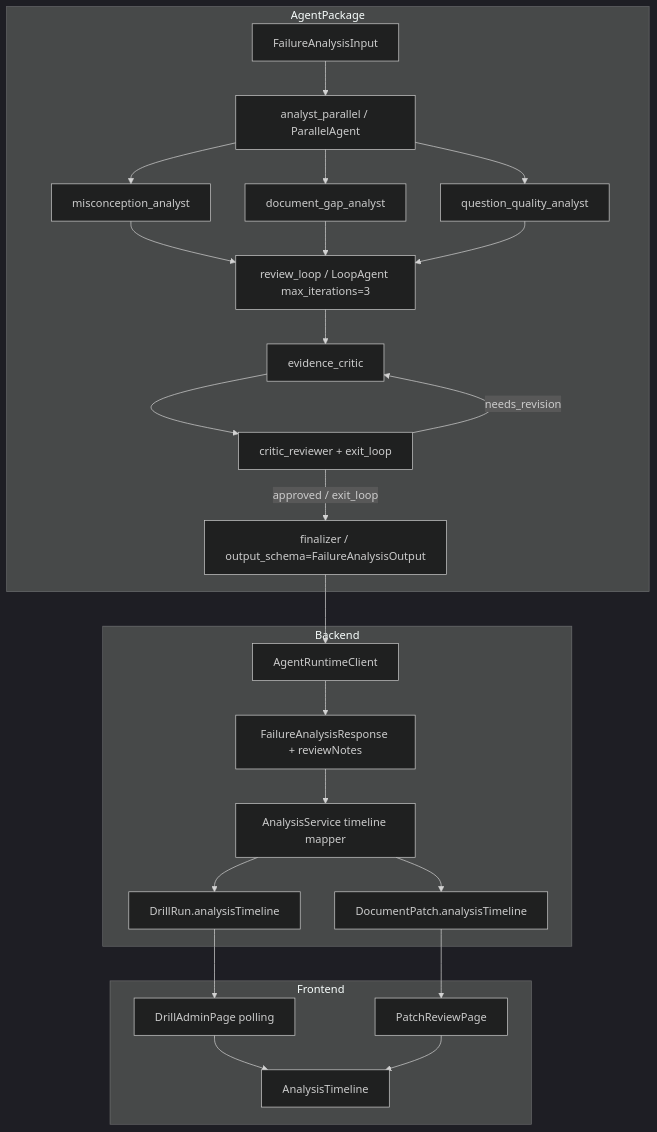
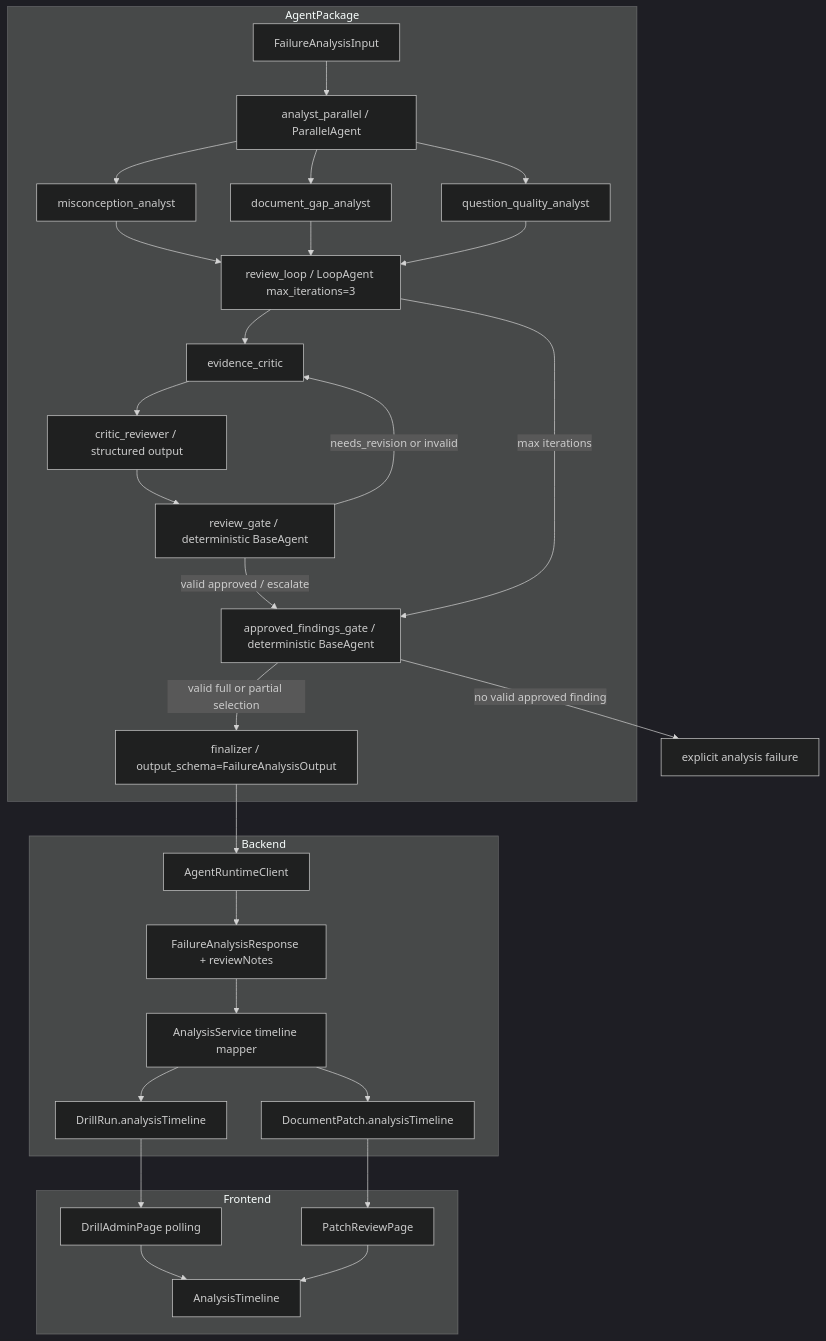
The first of 3 diagrams in .kiro/specs/failure-analysis-review-loop/design.md (tomomj/knowledge-drills), drawn with Mermaid (dark theme) before and after one commit. The commit also changed other lines of this file and 9 other files, not shown here.

Commit message:
fix(agent): make failure analysis review loop agentic

````diff
--- a/.kiro/specs/failure-analysis-review-loop/design.md
+++ b/.kiro/specs/failure-analysis-review-loop/design.md
@@ -67,49 +67,55 @@
 ```mermaid
 graph TB
     subgraph AgentPackage
         Input[FailureAnalysisInput]
         Parallel[analyst_parallel / ParallelAgent]
         Misconception[misconception_analyst]
         DocGap[document_gap_analyst]
         QuestionQuality[question_quality_analyst]
         Loop[review_loop / LoopAgent max_iterations=3]
         Critic[evidence_critic]
-        Reviewer[critic_reviewer + exit_loop]
+        Reviewer[critic_reviewer / structured output]
+        ReviewGate[review_gate / deterministic BaseAgent]
+        ApprovedGate[approved_findings_gate / deterministic BaseAgent]
         Finalizer[finalizer / output_schema=FailureAnalysisOutput]
     end
 
     subgraph Backend
         Runtime[AgentRuntimeClient]
         Schemas[FailureAnalysisResponse + reviewNotes]
         AnalysisSvc[AnalysisService timeline mapper]
         DrillRun[DrillRun.analysisTimeline]
         Patch[DocumentPatch.analysisTimeline]
     end
 
     subgraph Frontend
         DrillAdmin[DrillAdminPage polling]
         PatchReview[PatchReviewPage]
         Timeline[AnalysisTimeline]
     end
 
     Input --> Parallel
     Parallel --> Misconception
     Parallel --> DocGap
     Parallel --> QuestionQuality
     Misconception --> Loop
     DocGap --> Loop
     QuestionQuality --> Loop
     Loop --> Critic
     Critic --> Reviewer
-    Reviewer -->|needs_revision| Critic
-    Reviewer -->|approved / exit_loop| Finalizer
+    Reviewer --> ReviewGate
+    ReviewGate -->|needs_revision or invalid| Critic
+    ReviewGate -->|valid approved / escalate| ApprovedGate
+    Loop -->|max iterations| ApprovedGate
+    ApprovedGate -->|valid full or partial selection| Finalizer
+    ApprovedGate -->|no valid approved finding| Failure[explicit analysis failure]
     Finalizer --> Runtime
     Runtime --> Schemas
     Schemas --> AnalysisSvc
     AnalysisSvc --> DrillRun
     AnalysisSvc --> Patch
     DrillRun --> DrillAdmin
     Patch --> PatchReview
     DrillAdmin --> Timeline
     PatchReview --> Timeline
 ```
````
